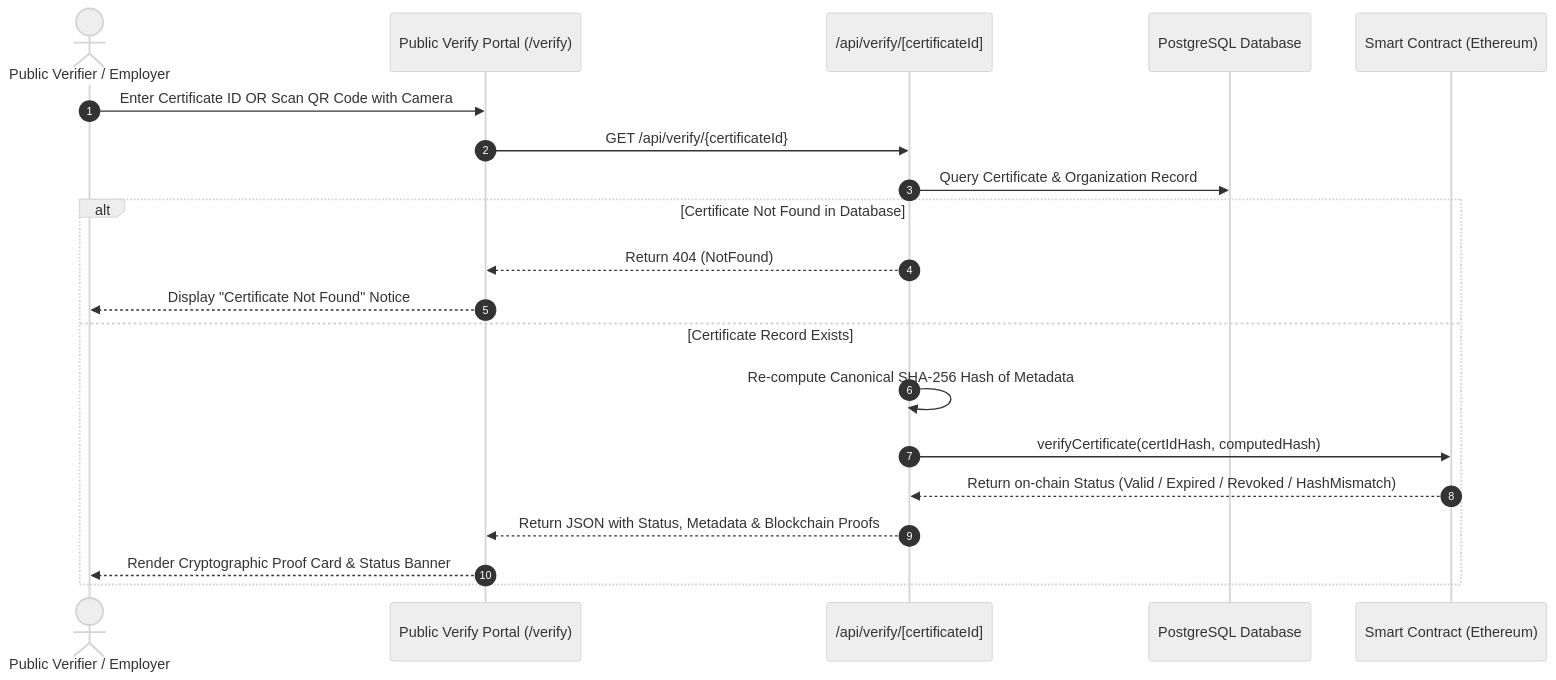
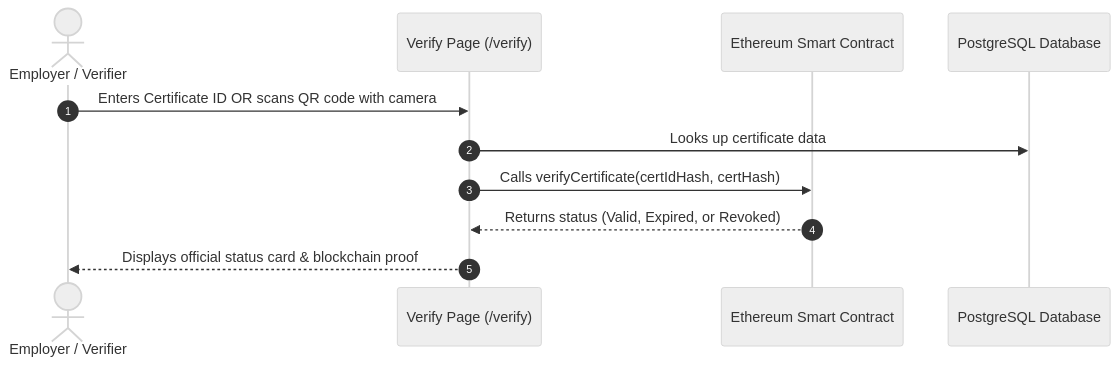
Before and after one commit to mengchheanglong/citadel-blockchain-certificates: the third of 4 diagrams in PROJECT_SUBMISSION_REPORT.md, drawn with Mermaid (neutral theme). The commit also changed other lines of this file, not shown here.

````diff
--- a/PROJECT_SUBMISSION_REPORT.md
+++ b/PROJECT_SUBMISSION_REPORT.md
@@ -147,23 +80,14 @@
 ```mermaid
 sequenceDiagram
     autonumber
-    actor Verifier as Public Verifier / Employer
-    participant Web as Public Verify Portal (/verify)
-    participant API as /api/verify/[certificateId]
+    actor Verifier as Employer / Verifier
+    participant Web as Verify Page (/verify)
+    participant Chain as Ethereum Smart Contract
     participant DB as PostgreSQL Database
-    participant SC as Smart Contract (Ethereum)
 
-    Verifier->>Web: Enter Certificate ID OR Scan QR Code with Camera
-    Web->>API: GET /api/verify/{certificateId}
-    API->>DB: Query Certificate & Organization Record
-    alt Certificate Not Found in Database
-        API-->>Web: Return 404 (NotFound)
-        Web-->>Verifier: Display "Certificate Not Found" Notice
-    else Certificate Record Exists
-        API->>API: Re-compute Canonical SHA-256 Hash of Metadata
-        API->>SC: verifyCertificate(certIdHash, computedHash)
-        SC-->>API: Return on-chain Status (Valid / Expired / Revoked / HashMismatch)
-        API-->>Web: Return JSON with Status, Metadata & Blockchain Proofs
-        Web-->>Verifier: Render Cryptographic Proof Card & Status Banner
-    end
+    Verifier->>Web: Enters Certificate ID OR scans QR code with camera
+    Web->>DB: Looks up certificate data
+    Web->>Chain: Calls verifyCertificate(certIdHash, certHash)
+    Chain-->>Web: Returns status (Valid, Expired, or Revoked)
+    Web-->>Verifier: Displays official status card & blockchain proof
 ```
````
